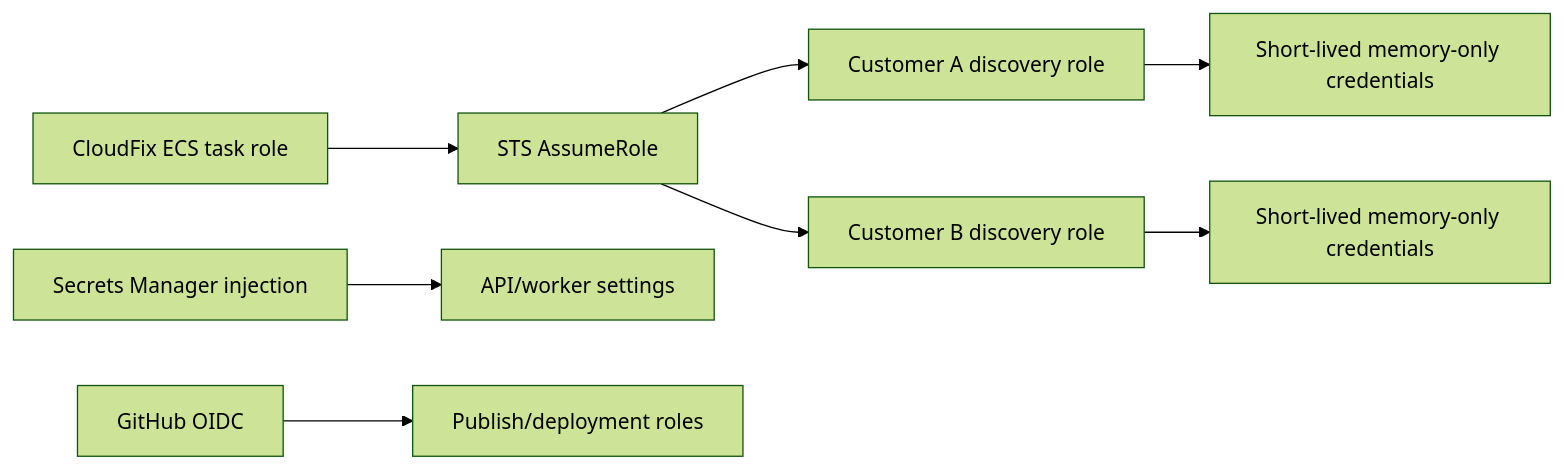
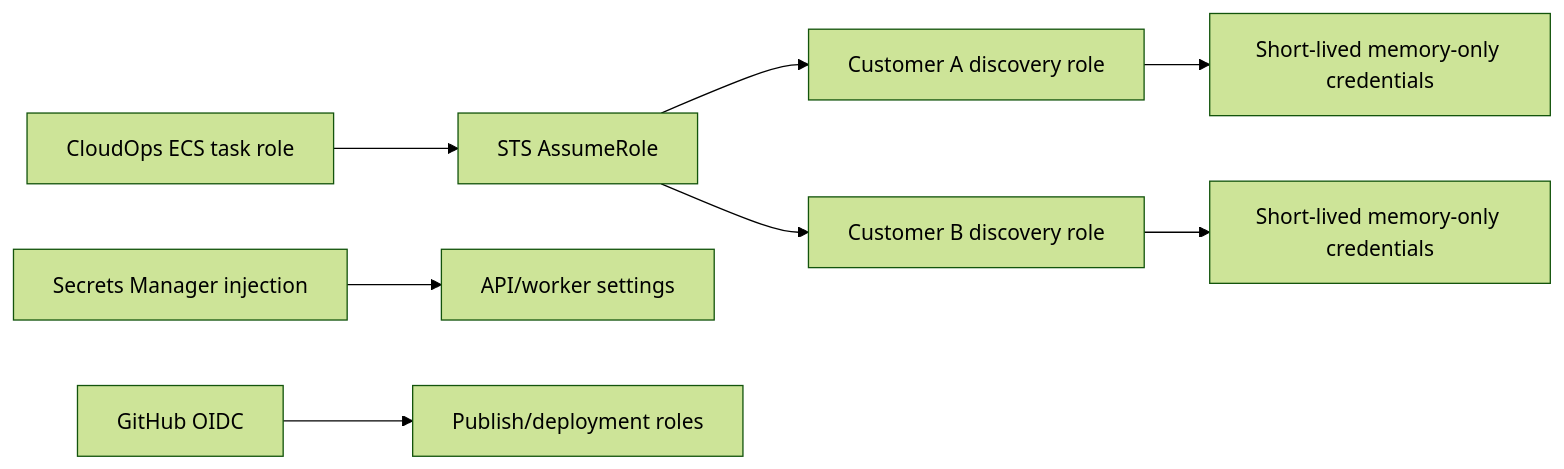
The seventh of 9 diagrams in architecture.md (cloudops-project/CloudOps), drawn with Mermaid (forest theme) before and after one commit. The commit also changed other lines of this file and 50 other files, not shown here.

Commit message:
fix(demo): validate same-origin tunnel and multi-user flow

````diff
--- a/architecture.md
+++ b/architecture.md
@@ -175,10 +178,10 @@
 ```mermaid
 flowchart LR
-  TaskRole["CloudFix ECS task role"] --> STS["STS AssumeRole"]
+  TaskRole["CloudOps ECS task role"] --> STS["STS AssumeRole"]
   STS --> RoleA["Customer A discovery role"]
   STS --> RoleB["Customer B discovery role"]
   RoleA --> CredA["Short-lived memory-only credentials"]
   RoleB --> CredB["Short-lived memory-only credentials"]
   Secrets["Secrets Manager injection"] --> Tasks["API/worker settings"]
   OIDC["GitHub OIDC"] --> Deploy["Publish/deployment roles"]
 ```
````
